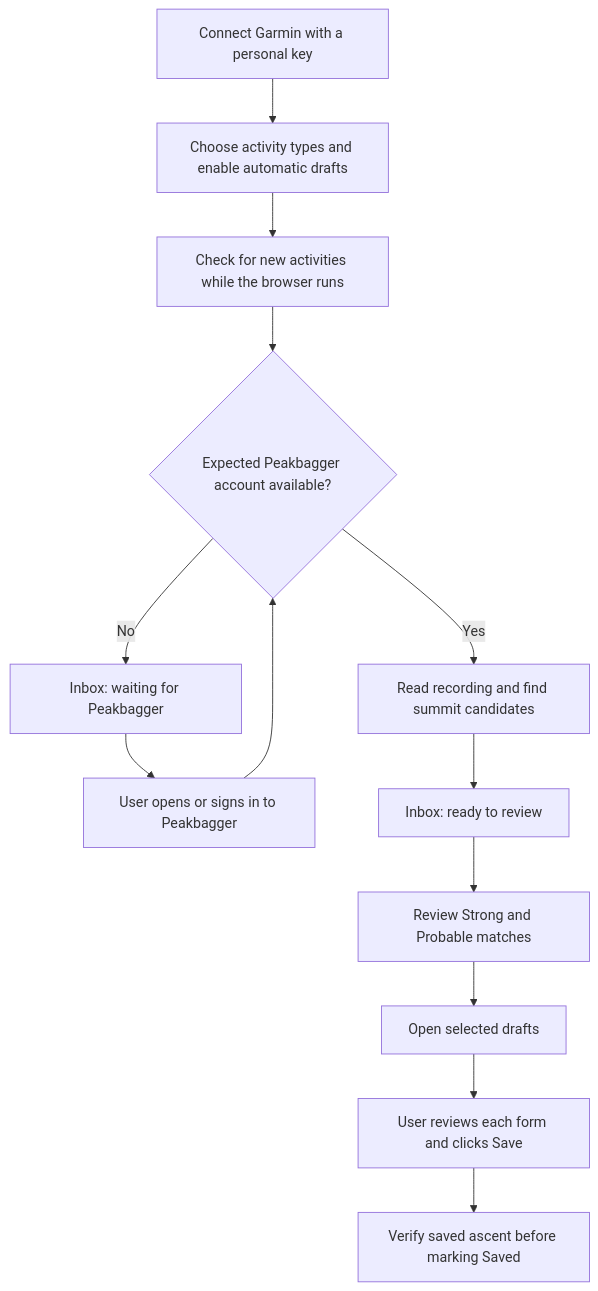
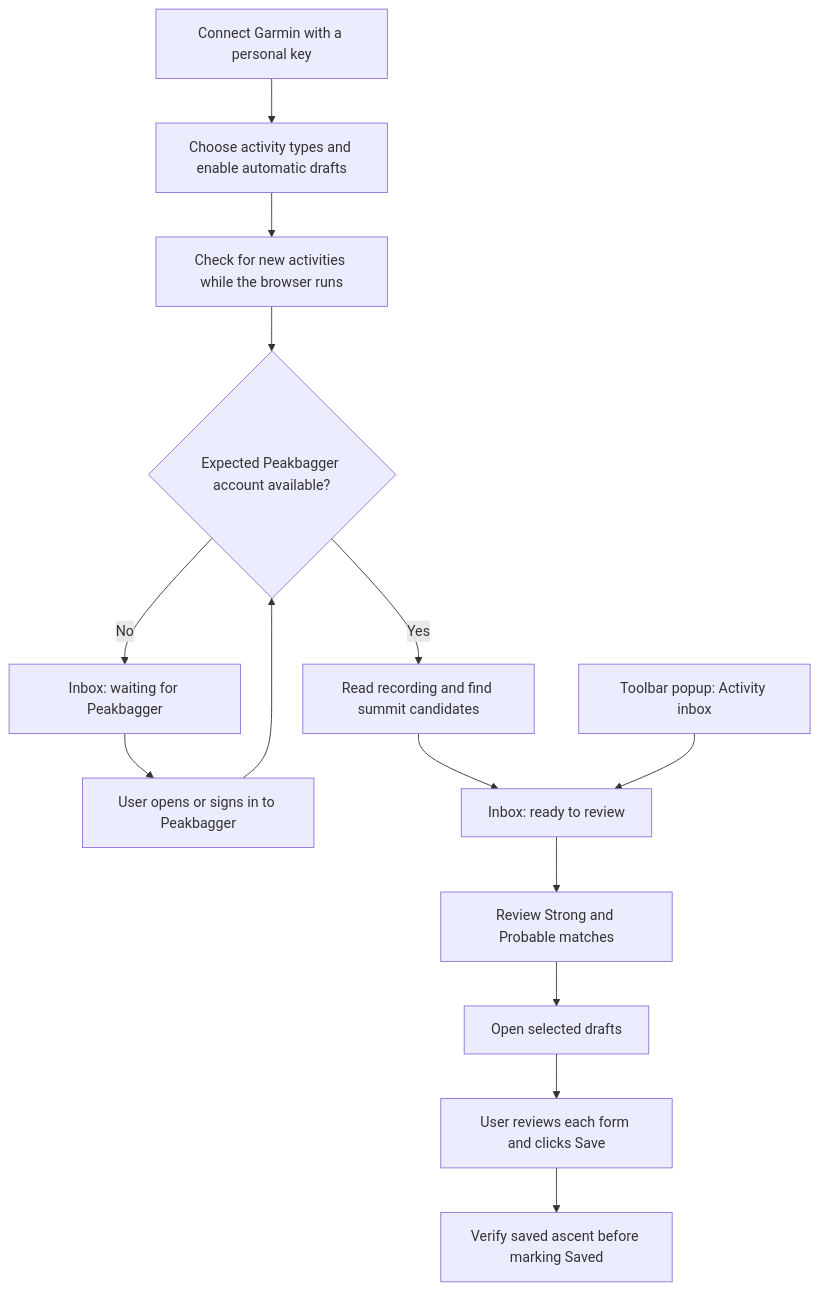
Before and after one commit to wilmtang/better-peakbagger: the diagram in docs/plans/garmin-personal-api-draft-inbox.md, drawn with Mermaid. The commit also changed other lines of this file and 24 other files, not shown here.

First line of the commit message:
docs: design toolbar access to the activity inbox

````diff
--- a/docs/plans/garmin-personal-api-draft-inbox.md
+++ b/docs/plans/garmin-personal-api-draft-inbox.md
@@ -280,15 +324,16 @@
 ```mermaid
 flowchart TD
     connect["Connect Garmin with a personal key"] --> scope["Choose activity types and enable automatic drafts"]
     scope --> discover["Check for new activities while the browser runs"]
     discover --> session{"Expected Peakbagger account available?"}
     session -- No --> wait["Inbox: waiting for Peakbagger"]
     wait --> user["User opens or signs in to Peakbagger"]
     user --> session
     session -- Yes --> prepare["Read recording and find summit candidates"]
     prepare --> inbox["Inbox: ready to review"]
+    toolbar["Toolbar popup: Activity inbox"] --> inbox
     inbox --> review["Review Strong and Probable matches"]
     review --> open["Open selected drafts"]
     open --> save["User reviews each form and clicks Save"]
     save --> verify["Verify saved ascent before marking Saved"]
 ```
````
